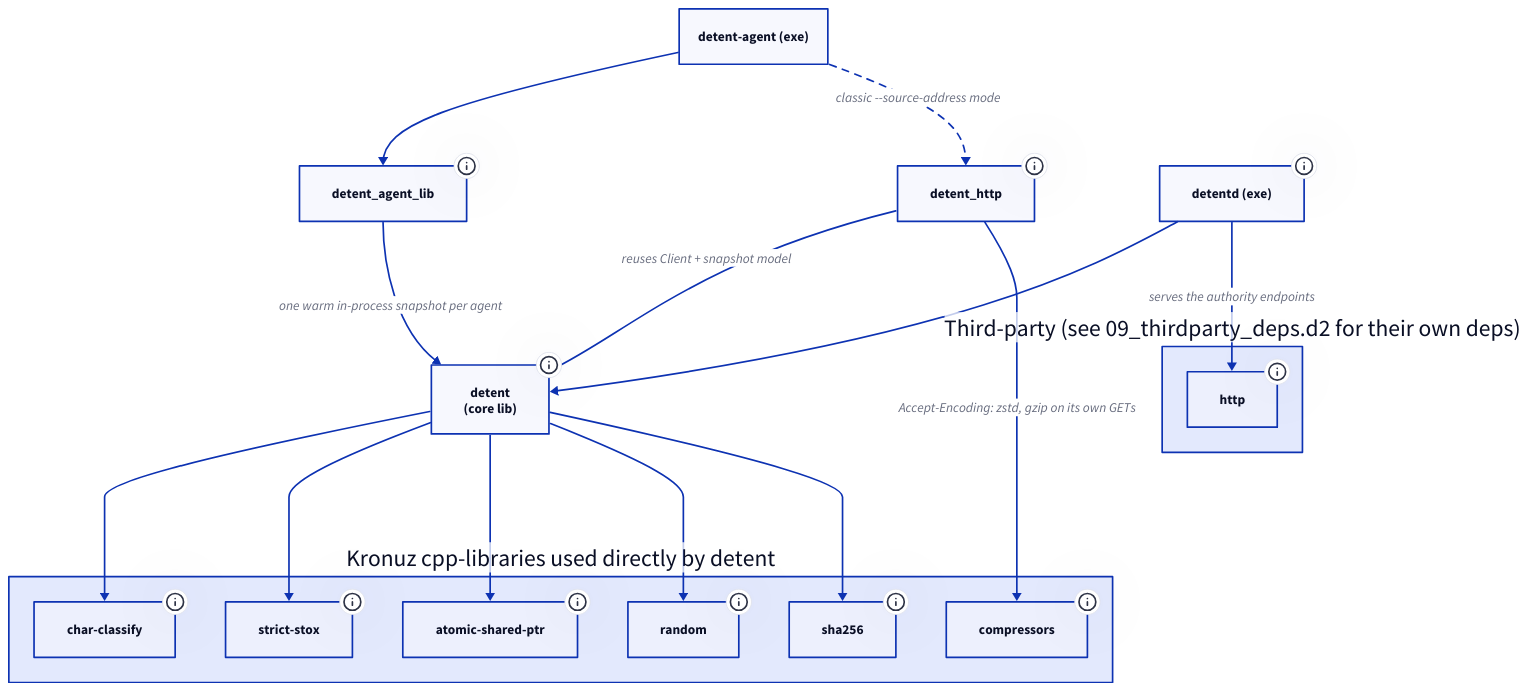
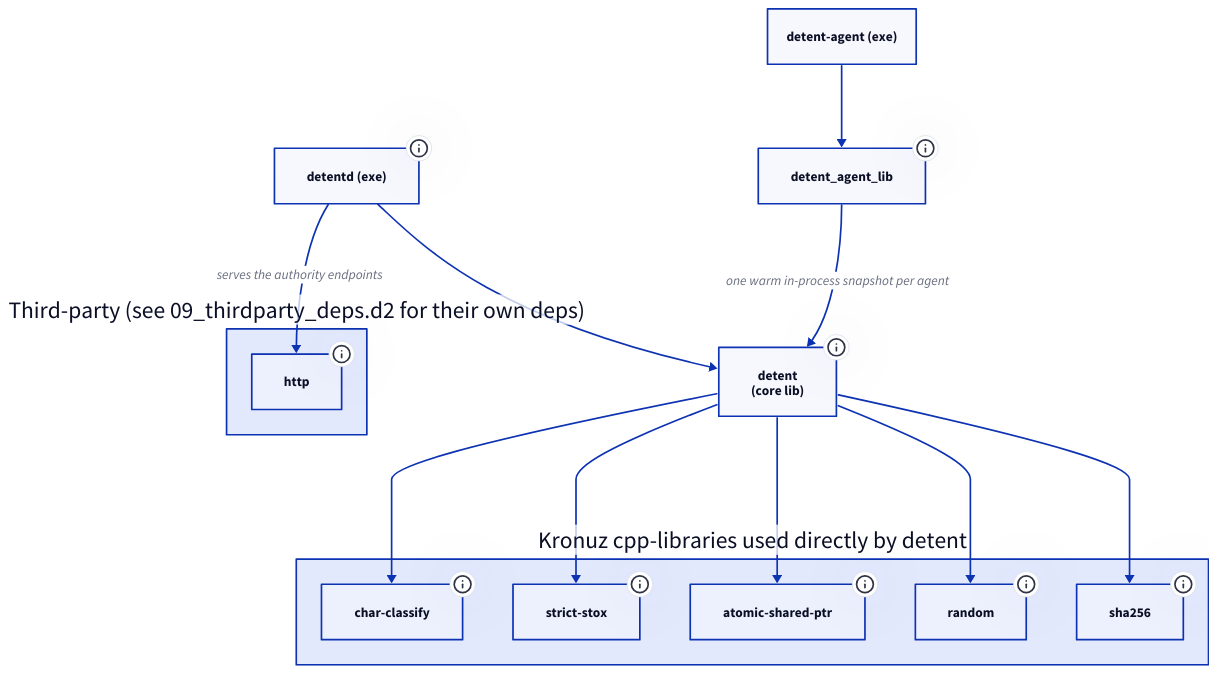
One commit to Kronuz/Detent changed the diagram in diagrams/08_detent_deps.d2. Above: the diagram before and after it, drawn with D2. The commit also changed 49 other files, not shown here.

First line of the commit message:
Remove the detent_http library

```diff
--- a/diagrams/08_detent_deps.d2
+++ b/diagrams/08_detent_deps.d2
@@ -1,46 +1,38 @@
 # Selected targets and their direct dependencies.
 # Managed authority and generation targets are documented separately.
 direction: down
 
 detent: "detent\n(core lib)" {
   tooltip: RCU client, JSON schema, hashing, overrides, file source
-}
-detent_http: "detent_http" {
-  tooltip: HTTP polling client -- plain POSIX sockets, no reactor
 }
 detent_agent_lib: "detent_agent_lib" {
   tooltip: Shared-memory agent reader and writer logic
 }
 detentd_exe: "detentd (exe)" {
   tooltip: Durable authority daemon
 }
 detent_agent_exe: "detent-agent (exe)"
 
 kronuz: Kronuz cpp-libraries used directly by detent {
   char_classify: char-classify {tooltip: "ASCII classification tables used by the JSON tokenizer"}
   strict_stox: strict-stox {tooltip: "Strict numeric string parsing (no silent truncation) for knob values"}
   atomic_shared_ptr: atomic-shared-ptr {tooltip: "Lock-free RCU snapshot swap -- the whole read-path fast path depends on this"}
   random: random {tooltip: "Randomized source retry and backoff jitter"}
   sha256: sha256 {tooltip: "Rollout hashing per the JustKnobs spec (stable bucket assignment)"}
-  compressors: compressors {tooltip: "zstd/gzip codecs -- lets detent_http negotiate Accept-Encoding on its own, no HTTP-framework weight"}
 }
 
 thirdparty: Third-party (see 09_thirdparty_deps.d2 for their own deps) {
   http: "http" {tooltip: "HTTP server framework for the authority endpoints"}
 }
 
 detent -> kronuz.char_classify
 detent -> kronuz.strict_stox
 detent -> kronuz.atomic_shared_ptr
 detent -> kronuz.random
 detent -> kronuz.sha256
 
-detent_http -> detent: "reuses Client + snapshot model"
-detent_http -> kronuz.compressors: "Accept-Encoding: zstd, gzip on its own GETs"
-
 detentd_exe -> detent
 detentd_exe -> thirdparty.http: "serves the authority endpoints"
 
 detent_agent_lib -> detent: "one warm in-process snapshot per agent"
 detent_agent_exe -> detent_agent_lib
-detent_agent_exe -> detent_http: "classic --source-address mode" {style.stroke-dash: 4}
```
